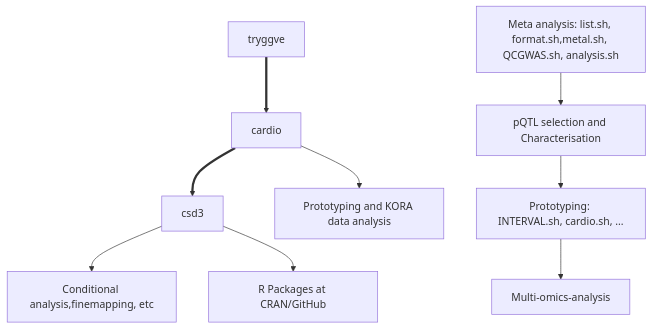
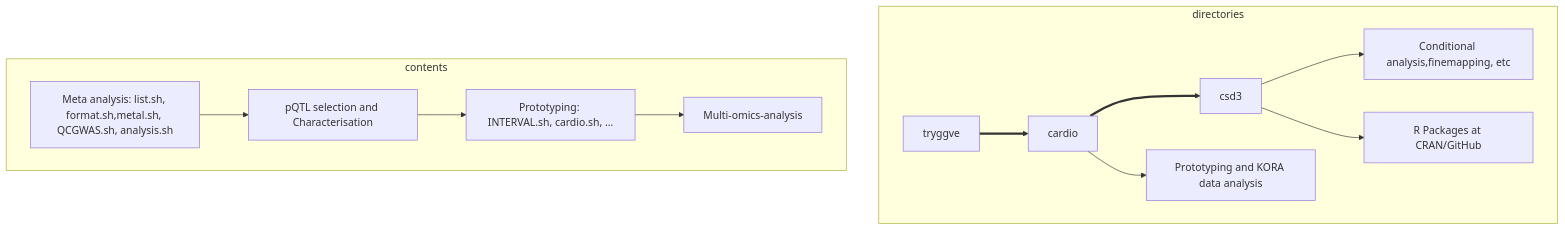
One commit to jinghuazhao/INF changed the first of 2 diagrams in docs/README.md. Above: the diagram before and after it, drawn with Mermaid. The commit also changed 1 other file, not shown here.

````diff
--- a/docs/README.md
+++ b/docs/README.md
@@ -7,11 +7,15 @@
 ```mermaid
 graph TB;
+subgraph directories
 tryggve ==> cardio;
 cardio ==> csd3;
+cardio --> cardioAnalysis[Prototyping and KORA data analysis];
+csd3 --> csd3Analysis[Conditional analysis,finemapping, etc];
+csd3 --> software[R Packages at CRAN/GitHub]; 
+end
+subgraph contents
 tryggveAnalysis[Meta analysis: list.sh, format.sh,metal.sh, QCGWAS.sh, analysis.sh] --> GWAS[pQTL selection and Characterisation];
 GWAS --> Prototyping[Prototyping: INTERVAL.sh, cardio.sh, ...];
 Prototyping --> Multi-omics-analysis;
-cardio --> cardioAnalysis[Prototyping and KORA data analysis];
-csd3 --> csd3Analysis[Conditional analysis,finemapping, etc];
-csd3 --> software[R Packages at CRAN/GitHub]; 
+end
 ```
````
